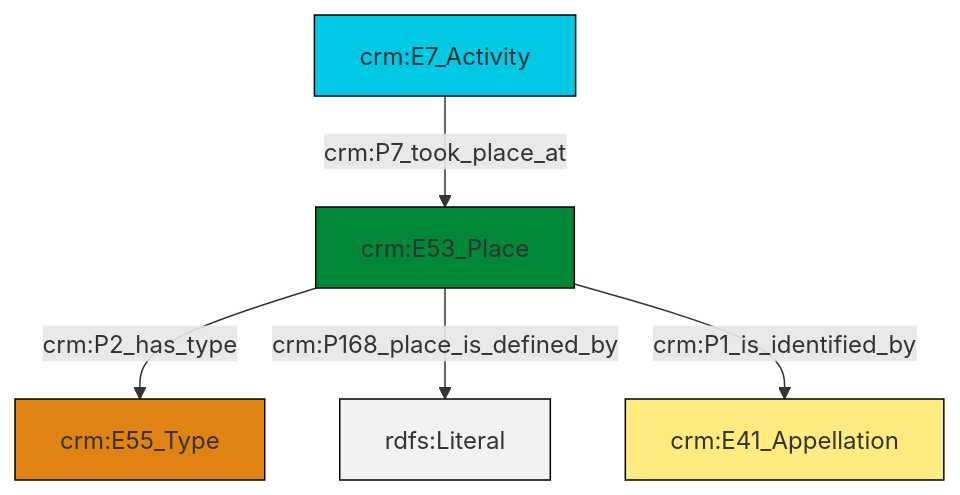
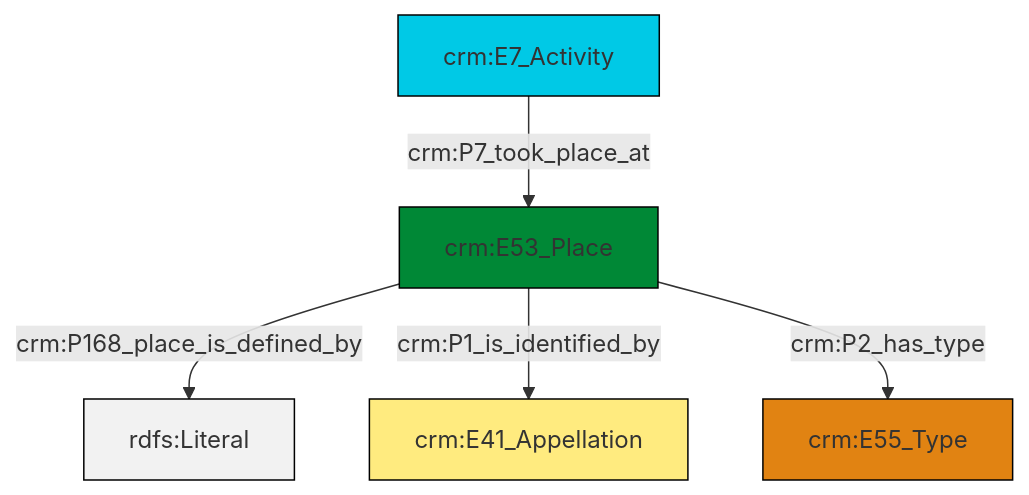
Before and after one commit to swiss-art-research-net/docs.swissartresearch: the diagram in et/eventCSV/ttl/mmd/event_location.ttl.mmd, drawn with Mermaid. The commit also changed 179 other files, not shown here.

```diff
--- a/et/eventCSV/ttl/mmd/event_location.ttl.mmd
+++ b/et/eventCSV/ttl/mmd/event_location.ttl.mmd
@@ -1,19 +1,19 @@
 graph TD
 classDef Literal fill:#f2f2f2,stroke:#000000;
 classDef CRM_Entity fill:#FFFFFF,stroke:#000000;
 classDef Temporal_Entity fill:#00C9E6, stroke:#000000;
 classDef Type fill:#E18312, stroke:#000000;
 classDef Time-Span fill:#2C9C91, stroke:#000000;
 classDef Appellation fill:#FFEB7F, stroke:#000000;
 classDef Place fill:#008836, stroke:#000000;
 classDef Persistent_Item fill:#B266B2, stroke:#000000;
 classDef Conceptual_Object fill:#FFD700, stroke:#000000;
 classDef Physical_Thing fill:#D2B48C, stroke:#000000;
 classDef Actor fill:#f58aad, stroke:#000000;
 classDef PC_Classes fill:#4ce600, stroke:#000000;
 classDef Multi fill:#cccccc,stroke:#000000;
 
-4["crm:E53_Place"]:::Place -->|crm:P2_has_type| 5["crm:E55_Type"]:::Type
-4["crm:E53_Place"]:::Place -->|crm:P168_place_is_defined_by| 6[rdfs:Literal]:::Literal
-4["crm:E53_Place"]:::Place -->|crm:P1_is_identified_by| 2["crm:E41_Appellation"]:::Appellation
-0["crm:E7_Activity"]:::Temporal_Entity -->|crm:P7_took_place_at| 4["crm:E53_Place"]:::Place
+0["crm:E53_Place"]:::Place -->|crm:P168_place_is_defined_by| 1[rdfs:Literal]:::Literal
+0["crm:E53_Place"]:::Place -->|crm:P1_is_identified_by| 3["crm:E41_Appellation"]:::Appellation
+5["crm:E7_Activity"]:::Temporal_Entity -->|crm:P7_took_place_at| 0["crm:E53_Place"]:::Place
+0["crm:E53_Place"]:::Place -->|crm:P2_has_type| 7["crm:E55_Type"]:::Type
```
